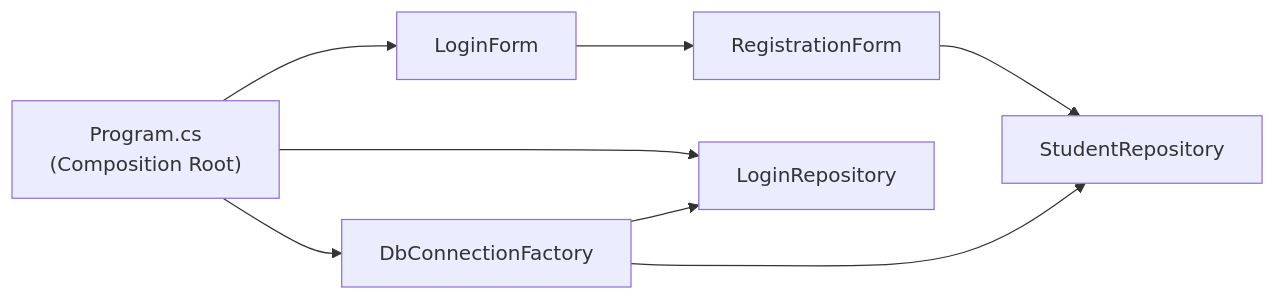
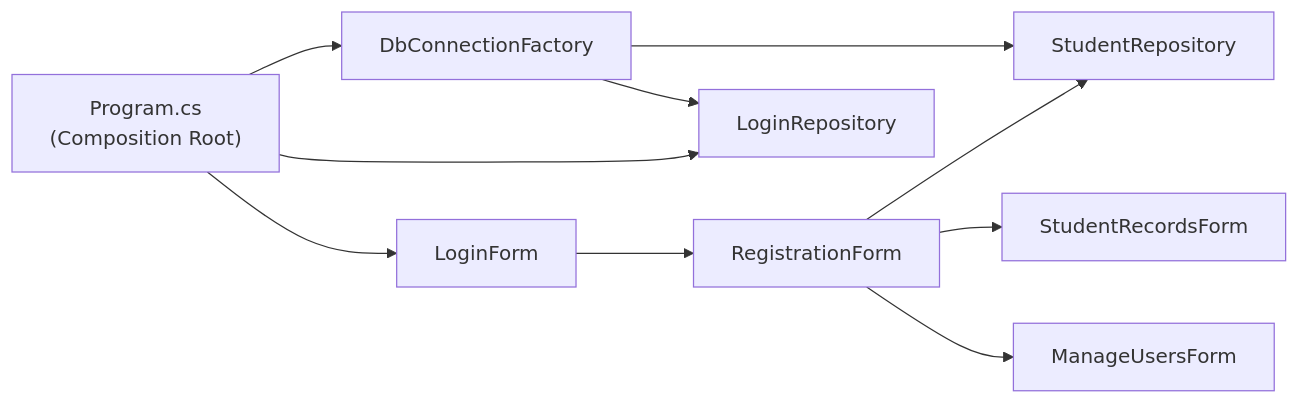
The second of 3 diagrams in docs/ARCHITECTURE.md (DimathJayasinghe/campus-one-digital-academy), drawn with Mermaid before and after one commit. The commit also changed other lines of this file and 14 other files, not shown here.

First line of the commit message:
feat: enhance registration form, add student directory & user management forms

````diff
--- a/docs/ARCHITECTURE.md
+++ b/docs/ARCHITECTURE.md
@@ -68,17 +79,21 @@
 ```mermaid
 flowchart LR
     Program["Program.cs\n(Composition Root)"]
     LF["LoginForm"]
     RF["RegistrationForm"]
+    SRF["StudentRecordsForm"]
+    MUF["ManageUsersForm"]
     DCF["DbConnectionFactory"]
     LR["LoginRepository"]
     SR["StudentRepository"]
 
     Program --> DCF
     Program --> LR
     Program --> LF
     LF --> RF
     RF --> SR
+    RF --> SRF
+    RF --> MUF
     DCF --> LR
     DCF --> SR
 ```
````
